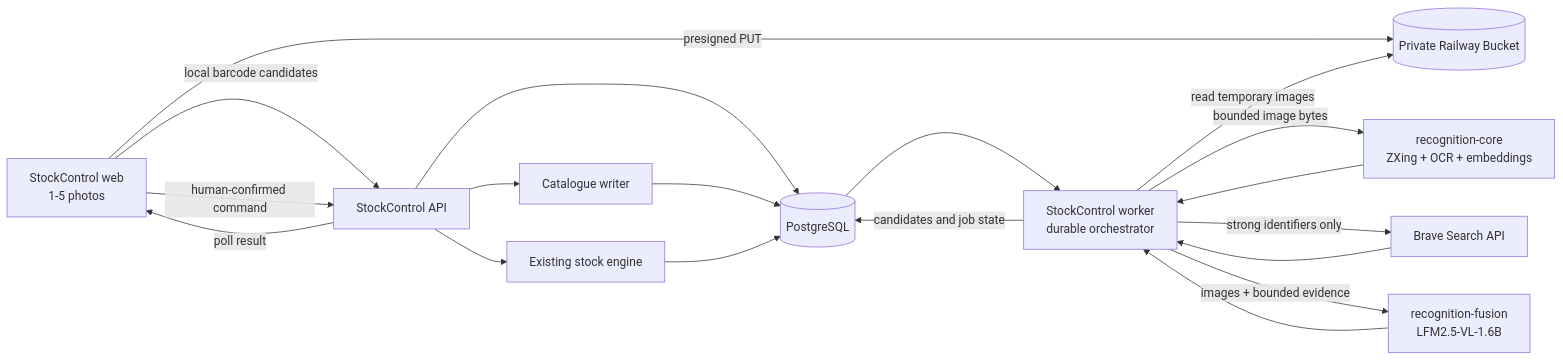
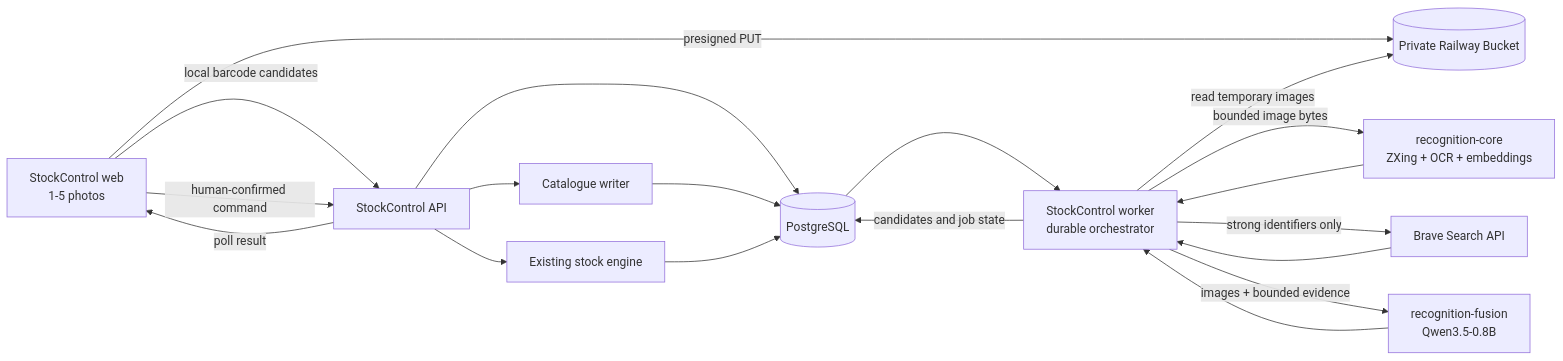
Before and after one commit to TheCharlesChristy/StockControl: the diagram in docs/stock-capture-technical-spec.md, drawn with Mermaid. The commit also changed other lines of this file and 6 other files, not shown here.

````diff
--- a/docs/stock-capture-technical-spec.md
+++ b/docs/stock-capture-technical-spec.md
@@ -220,21 +220,21 @@
 ```mermaid
 flowchart LR
     Browser[StockControl web<br/>1-5 photos] -->|local barcode candidates| API[StockControl API]
     Browser -->|presigned PUT| Bucket[(Private Railway Bucket)]
     API --> DB[(PostgreSQL)]
     DB --> Worker[StockControl worker<br/>durable orchestrator]
     Worker -->|read temporary images| Bucket
     Worker -->|bounded image bytes| Core[recognition-core<br/>ZXing + OCR + embeddings]
     Worker -->|strong identifiers only| Brave[Brave Search API]
-    Worker -->|images + bounded evidence| Fusion[recognition-fusion<br/>LFM2.5-VL-1.6B]
+    Worker -->|images + bounded evidence| Fusion[recognition-fusion<br/>Qwen3.5-0.8B]
     Core --> Worker
     Brave --> Worker
     Fusion --> Worker
     Worker -->|candidates and job state| DB
     API -->|poll result| Browser
     Browser -->|human-confirmed command| API
     API --> Catalogue[Catalogue writer]
     API --> Stock[Existing stock engine]
     Catalogue --> DB
     Stock --> DB
 ```
````
